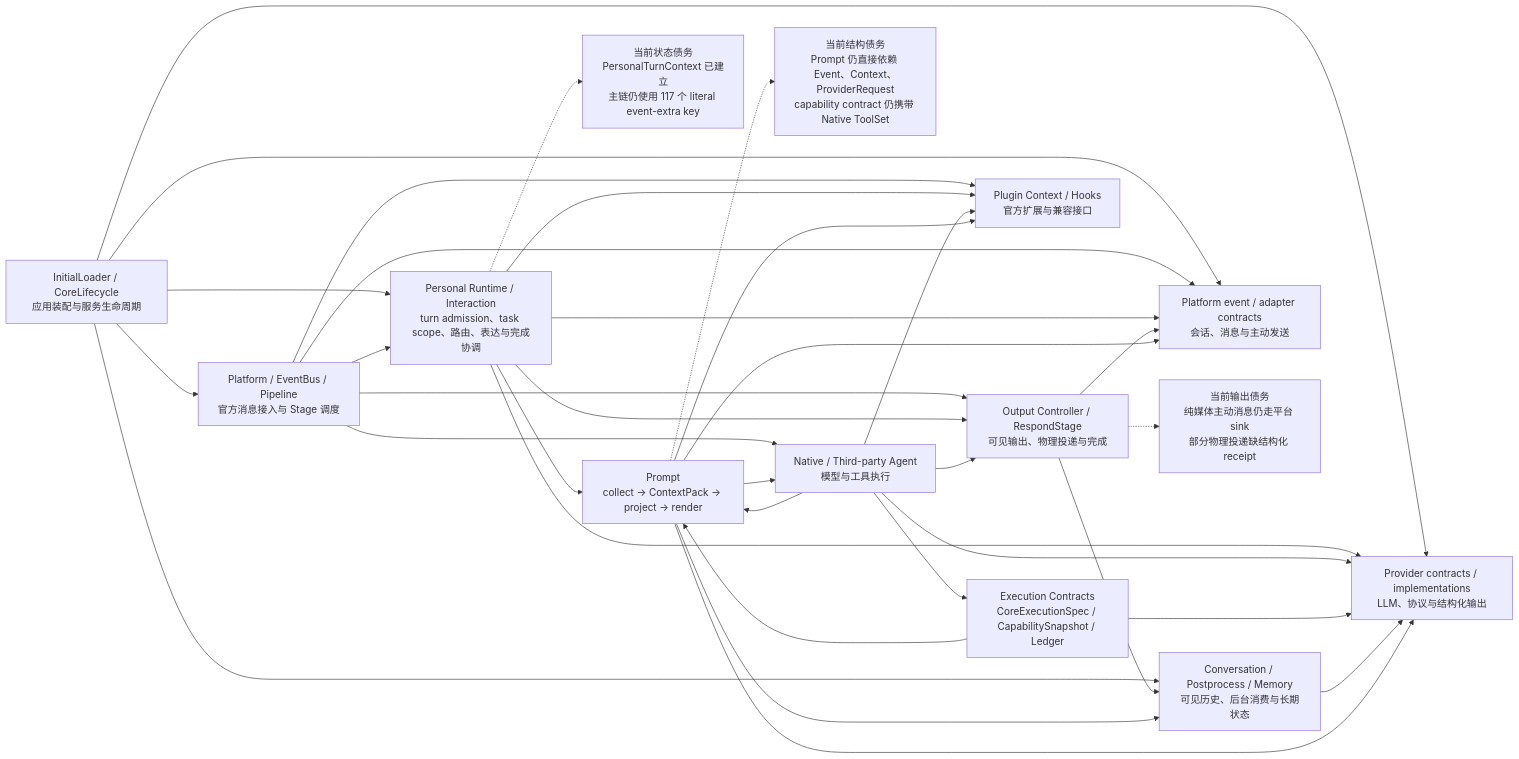
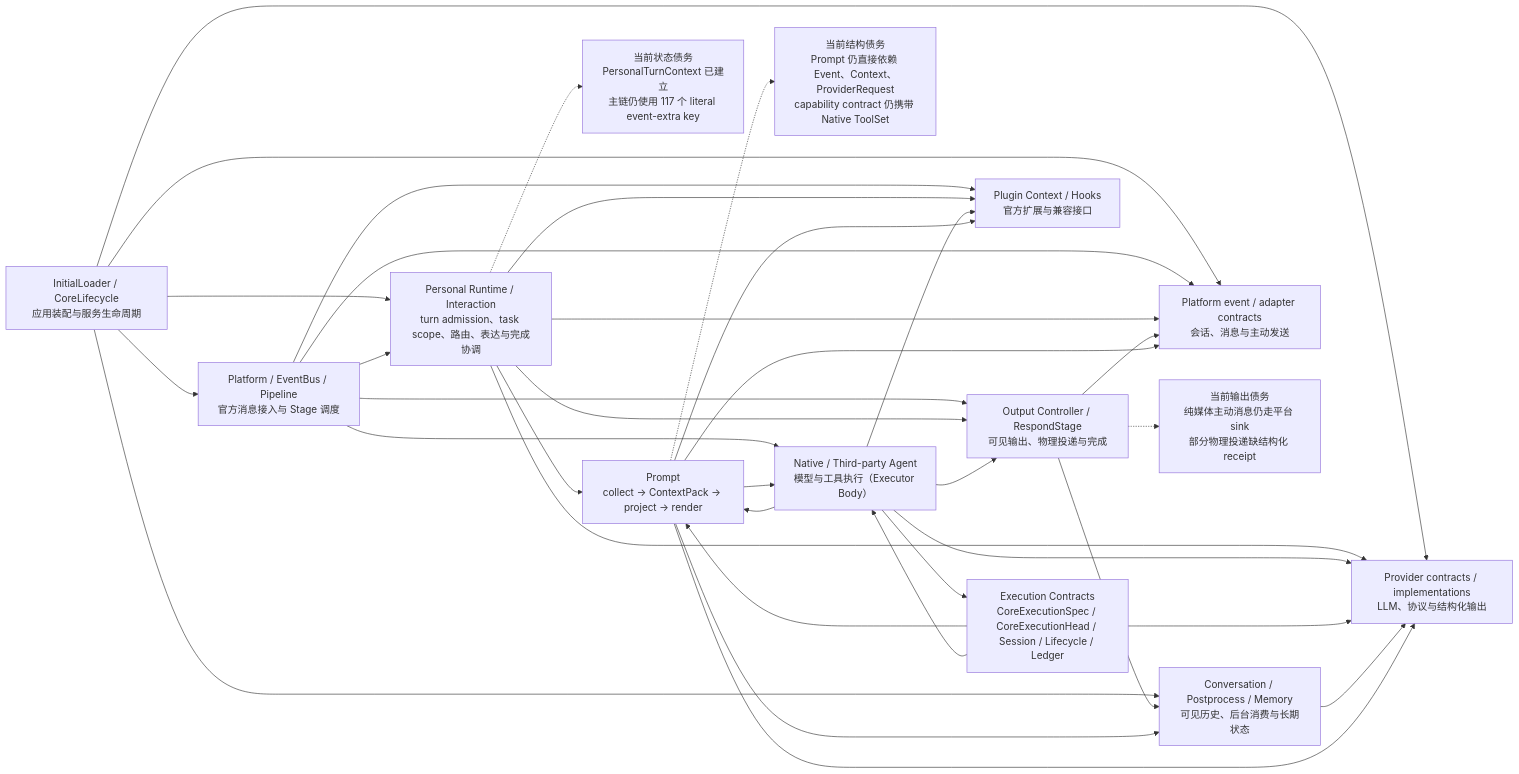
One commit to murphys7017/AG99 changed the diagram in docs/Yakumo/dev/runtime-dependency-structure.mmd. Above: the diagram before and after it, drawn with Mermaid. The commit also changed 18 other files, not shown here.

Commit message:
refactor(core): establish execution head boundary

```diff
--- a/docs/Yakumo/dev/runtime-dependency-structure.mmd
+++ b/docs/Yakumo/dev/runtime-dependency-structure.mmd
@@ -1,58 +1,59 @@
 flowchart LR
 %% AstrBot 当前 core 静态依赖结构。由 2026-07-21 源码顶层 import 图归纳。
 %% 474 个 core 模块；修正依赖初始化顺序的导入后，顶层运行时 import SCC 为 0。
 
     BOOT["InitialLoader / CoreLifecycle<br/>应用装配与服务生命周期"]
     EVENT["Platform / EventBus / Pipeline<br/>官方消息接入与 Stage 调度"]
     RUNTIME["Personal Runtime / Interaction<br/>turn admission、task scope、路由、表达与完成协调"]
     PROMPT["Prompt<br/>collect → ContextPack → project → render"]
-    EXEC["Execution Contracts<br/>CoreExecutionSpec / CapabilitySnapshot / Ledger"]
-    AGENT["Native / Third-party Agent<br/>模型与工具执行"]
+    EXEC["Execution Contracts<br/>CoreExecutionSpec / CoreExecutionHead / Session / Lifecycle / Ledger"]
+    AGENT["Native / Third-party Agent<br/>模型与工具执行（Executor Body）"]
     OUTPUT["Output Controller / RespondStage<br/>可见输出、物理投递与完成"]
     HISTORY["Conversation / Postprocess / Memory<br/>可见历史、后台消费与长期状态"]
     PLUGIN["Plugin Context / Hooks<br/>官方扩展与兼容接口"]
     PROVIDER["Provider contracts / implementations<br/>LLM、协议与结构化输出"]
     PLATFORM["Platform event / adapter contracts<br/>会话、消息与主动发送"]
 
     BOOT --> EVENT
     BOOT --> RUNTIME
     BOOT --> HISTORY
     BOOT --> PROVIDER
     BOOT --> PLATFORM
 
     EVENT --> RUNTIME
     EVENT --> AGENT
     EVENT --> OUTPUT
     EVENT --> PLUGIN
     EVENT --> PLATFORM
 
     RUNTIME --> PROMPT
     RUNTIME --> OUTPUT
     RUNTIME --> PLATFORM
     RUNTIME --> PLUGIN
     RUNTIME --> PROVIDER
 
     AGENT --> EXEC
     AGENT --> PROMPT
     AGENT --> PROVIDER
     AGENT --> PLUGIN
     AGENT --> OUTPUT
 
     EXEC --> PROMPT
     EXEC --> PROVIDER
+    EXEC --> AGENT
     OUTPUT --> PLATFORM
     OUTPUT --> HISTORY
     HISTORY --> PROVIDER
 
     PROMPT --> HISTORY
     PROMPT --> PLATFORM
     PROMPT --> PLUGIN
     PROMPT --> PROVIDER
     PROMPT --> AGENT
     CONTRACT_GAP["当前结构债务<br/>Prompt 仍直接依赖 Event、Context、ProviderRequest<br/>capability contract 仍携带 Native ToolSet"]
     STATE_GAP["当前状态债务<br/>PersonalTurnContext 已建立<br/>主链仍使用 117 个 literal event-extra key"]
     OUTPUT_GAP["当前输出债务<br/>纯媒体主动消息仍走平台 sink<br/>部分物理投递缺结构化 receipt"]
 
     PROMPT -.-> CONTRACT_GAP
     RUNTIME -.-> STATE_GAP
     OUTPUT -.-> OUTPUT_GAP
```
